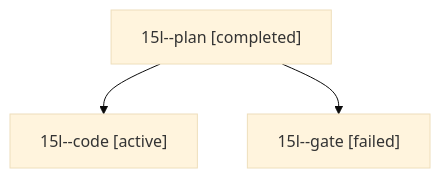
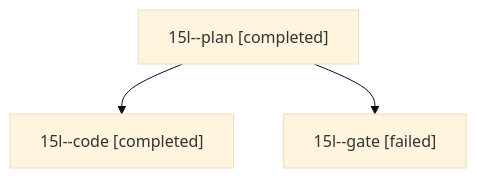
The diagram in sessions/bbugyi200.athena.15l.md (bobs-org/bob-cli--agents), drawn with Mermaid (base theme) before and after one commit. The commit also changed other lines of this file and 11 other files, not shown here.

````diff
--- a/sessions/bbugyi200.athena.15l.md
+++ b/sessions/bbugyi200.athena.15l.md
@@ -9,8 +9,8 @@
 ```mermaid
 flowchart TD
   n0["15l--plan [completed]"]
-  n1["15l--code [active]"]
+  n1["15l--code [completed]"]
   n0 --> n1
   n2["15l--gate [failed]"]
   n0 --> n2
 ```
````
